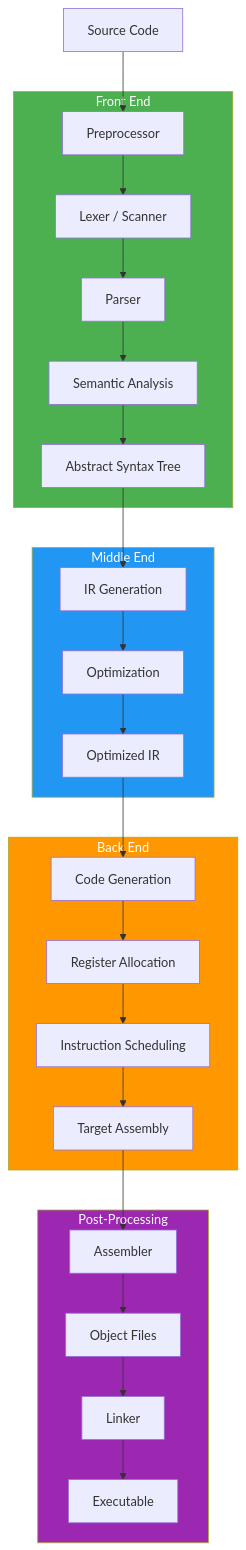
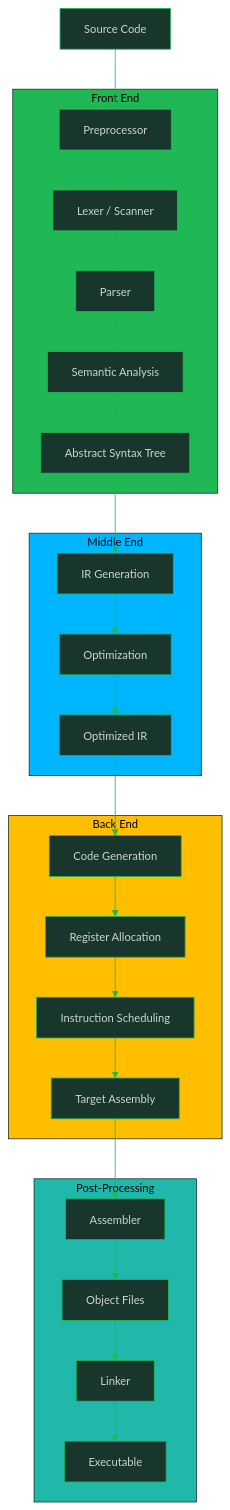
The first of 2 diagrams in computing-foundation-note/Programming Language Theory/08_Compiler_Design.md (oat431/swe-knowledge), drawn with Mermaid before and after one commit. The commit also changed other lines of this file and 139 other files, not shown here.

````diff
--- a/computing-foundation-note/Programming Language Theory/08_Compiler_Design.md
+++ b/computing-foundation-note/Programming Language Theory/08_Compiler_Design.md
@@ -21,55 +21,56 @@
 ```mermaid
+%%{init: {'theme':'base','themeVariables':{'primaryColor':'#19362D','primaryTextColor':'#CDD3D1','primaryBorderColor':'#1FB854','lineColor':'#1FB854','secondaryColor':'#161212','tertiaryColor':'#1B1717','background':'#1B1717','mainBkg':'#19362D','nodeBorder':'#1FB854','clusterBkg':'#161212','clusterBorder':'#19362D','titleColor':'#1FB854','edgeLabelBackground':'#161212','fontSize':'14px'}}}%%
 flowchart TD
     SRC[Source Code] --> PP[Preprocessor]
     PP --> LEX[Lexer / Scanner]
     LEX --> PARSE[Parser]
     PARSE --> SA[Semantic Analysis]
     SA --> AST[Abstract Syntax Tree]
 
     subgraph FRONT["Front End"]
         PP
         LEX
         PARSE
         SA
         AST
     end
 
     AST --> IRGEN[IR Generation]
     IRGEN --> OPT[Optimization]
     OPT --> IROPT[Optimized IR]
 
     subgraph MIDDLE["Middle End"]
         IRGEN
         OPT
         IROPT
     end
 
     IROPT --> CG[Code Generation]
     CG --> RA[Register Allocation]
     RA --> IS[Instruction Scheduling]
     IS --> TARGET[Target Assembly]
 
     subgraph BACK["Back End"]
         CG
         RA
         IS
         TARGET
     end
 
     TARGET --> ASM[Assembler]
     ASM --> OBJ[Object Files]
     OBJ --> LINK[Linker]
     LINK --> EXE[Executable]
 
     subgraph POST["Post-Processing"]
         ASM
         OBJ
         LINK
         EXE
     end
 
-    style FRONT fill:#4CAF50,color:#fff
-    style MIDDLE fill:#2196F3,color:#fff
-    style BACK fill:#FF9800,color:#fff
-    style POST fill:#9C27B0,color:#fff
+    style FRONT fill:#1FB854,color:#000000
+    style MIDDLE fill:#00B5FF,color:#000000
+    style BACK fill:#FFBE00,color:#000000
+    style POST fill:#1FB8AB,color:#000000
 ```
````
